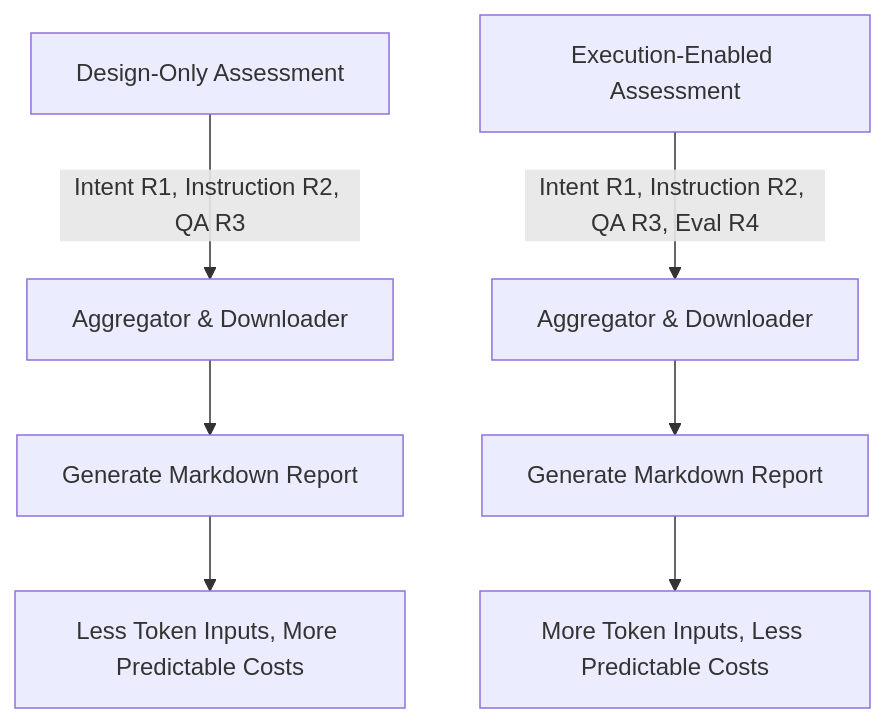
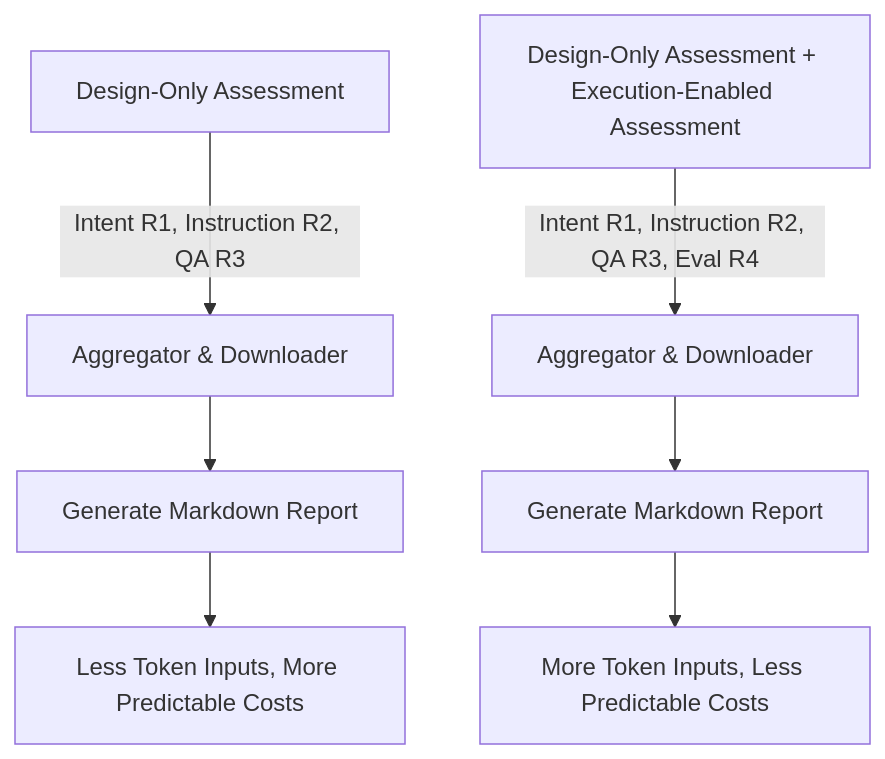
Before and after one commit to LetyPG/Skill-Quality-Assurance-Framework-SQAF: the third of 3 diagrams in README.md, drawn with Mermaid. The commit also changed other lines of this file and 8 other files, not shown here.

````diff
--- a/README.md
+++ b/README.md
@@ -107,10 +108,10 @@
 ```mermaid
 graph TD
     A[Design-Only Assessment] --Intent R1, Instruction R2, QA R3--> B[Aggregator & Downloader]
     B --> C[Generate Markdown Report]
     C --> D[Less Token Inputs, More Predictable Costs]
     
-    E[Execution-Enabled Assessment] --Intent R1, Instruction R2, QA R3, Eval R4--> F[Aggregator & Downloader]
+    E[Design-Only Assessment + Execution-Enabled Assessment] --Intent R1, Instruction R2, QA R3, Eval R4--> F[Aggregator & Downloader]
     F --> G[Generate Markdown Report]
     G --> H[More Token Inputs, Less Predictable Costs]
 ```
````
